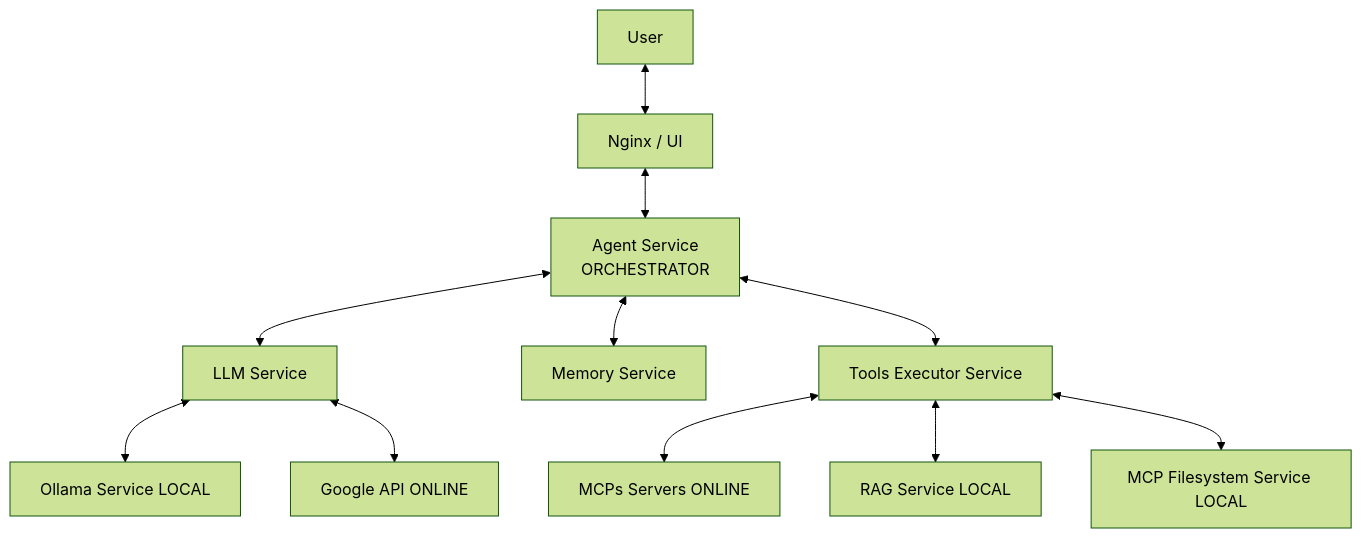
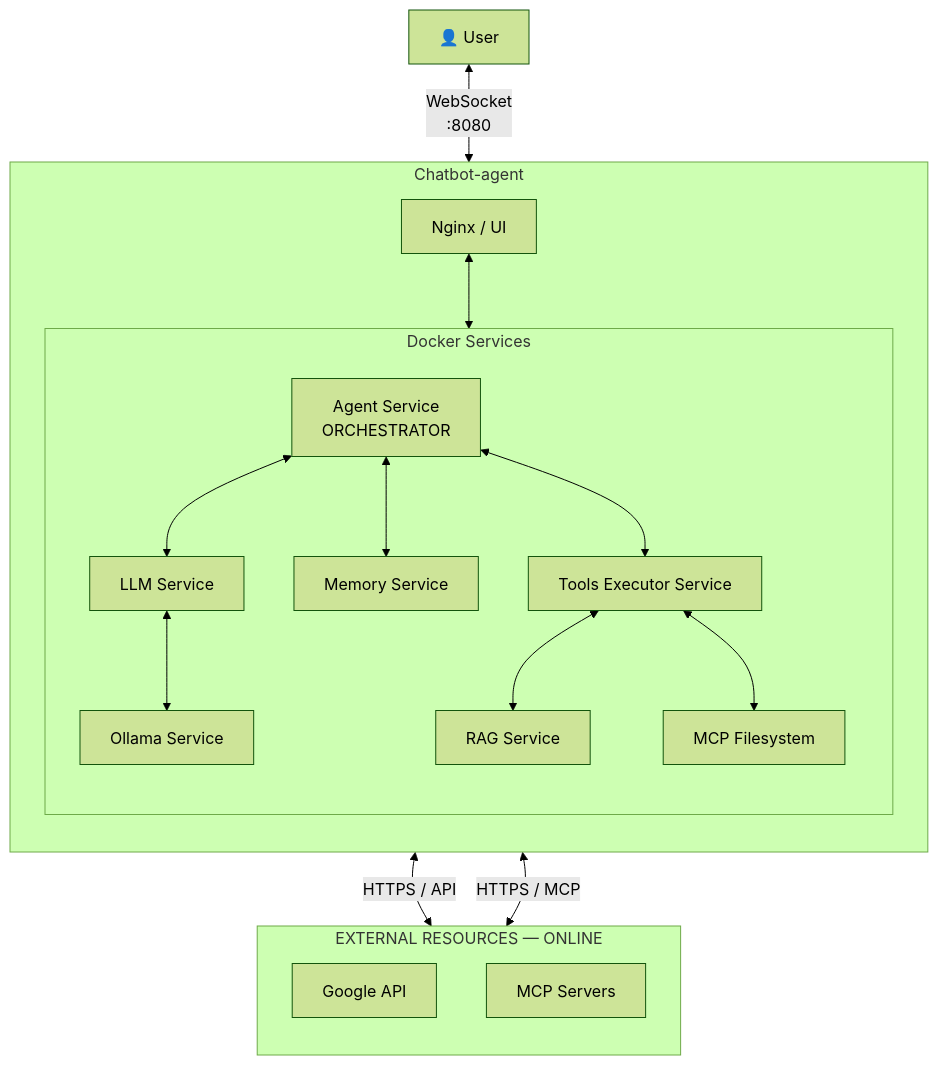
Before and after one commit to vcereced/chatbot-agent-MCP-RAG: the first of 2 diagrams in docs/README.md, drawn with Mermaid (forest theme). The commit also changed other lines of this file and 6 other files, not shown here.

````diff
--- a/docs/README.md
+++ b/docs/README.md
@@ -30,22 +30,61 @@
 ```mermaid
 flowchart TB
-   %% --- Top ---
-   USER[User] <--> UI[Nginx / UI]
 
-   %% --- Center ---
-   UI <--> AGENT[Agent Service<br/>ORCHESTRATOR]
+    %% =========================
+    %% USER
+    %% =========================
+    USER[👤 User]
+    
+    %% =========================
+    %% YOUR SYSTEM
+    %% =========================
+    subgraph SYSTEM["Chatbot-agent"]
+        direction TB
 
-   %% --- Around Agent ---
-   AGENT <--> LLM[LLM Service]
-   AGENT <--> MEMORY[Memory Service]
-   AGENT <--> TOOLS[Tools Executor Service]
+        UI["Nginx / UI<br/>"]
 
-   %% --- LLM providers ---
-   LLM <--> OLLAMA[Ollama Service LOCAL]
-   LLM <--> GOOGLE[Google API ONLINE]
+        subgraph SERVICES["Docker Services"]
+            direction TB
 
-   %% --- Tools ---
-   TOOLS <--> MCP[MCPs Servers ONLINE]
-   TOOLS <--> RAG[RAG Service LOCAL]
-   TOOLS <--> FILES[MCP Filesystem Service LOCAL]
+            AGENT["Agent Service<br/>ORCHESTRATOR"]
+            LLM["LLM Service"]
+            MEMORY["Memory Service"]
+            TOOLS["Tools Executor Service"]
+
+            OLLAMA["Ollama Service<br/>"]
+            RAG["RAG Service<br/>"]
+            FILES["MCP Filesystem<br/>"]
+        end
+
+        UI <--> AGENT
+
+        AGENT <--> LLM
+        AGENT <--> MEMORY
+        AGENT <--> TOOLS
+
+        LLM <--> OLLAMA
+        TOOLS <--> RAG
+        TOOLS <--> FILES
+    end
+
+    %% =========================
+    %% EXTERNAL RESOURCES
+    %% =========================
+    subgraph EXTERNAL["EXTERNAL RESOURCES — ONLINE"]
+        direction TB
+
+        GOOGLE["Google API"]
+        MCP["MCP Servers"]
+    end
+
+    %% =========================
+    %% ENTRY POINT
+    %% =========================
+    USER <-->|"WebSocket<br/>:8080"| UI
+
+    %% =========================
+    %% EXTERNAL CONNECTIONS
+    %% =========================
+    LLM <-->|"HTTPS / API"| GOOGLE
+    TOOLS <-->|"HTTPS / MCP"| MCP
 ```
````
